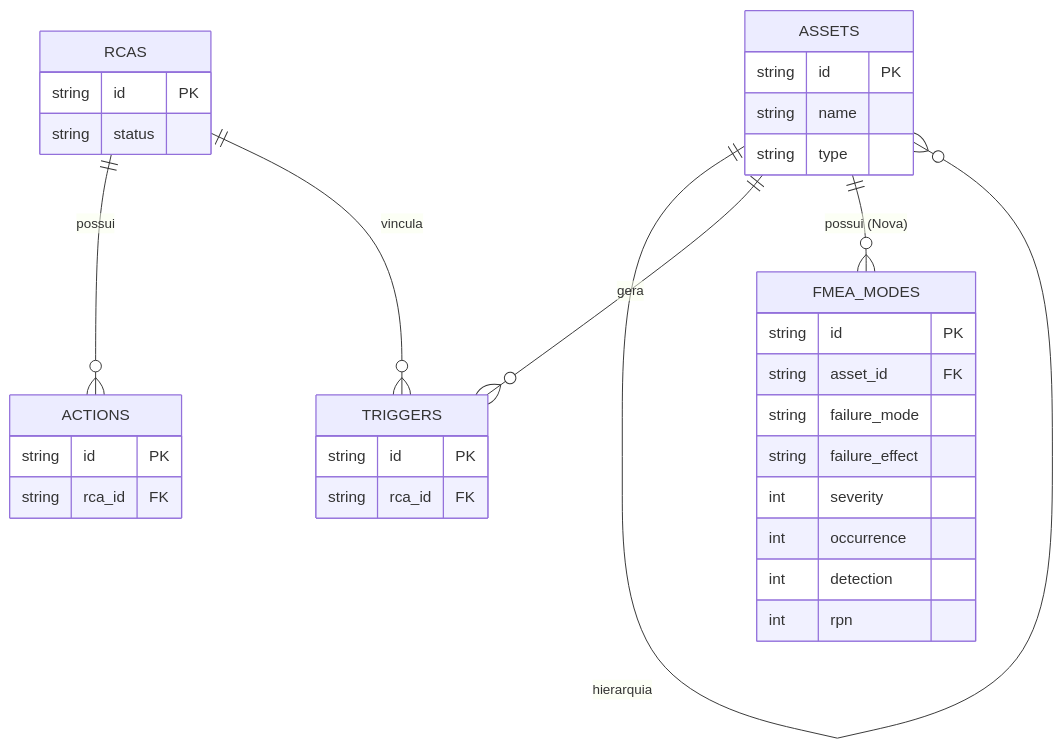
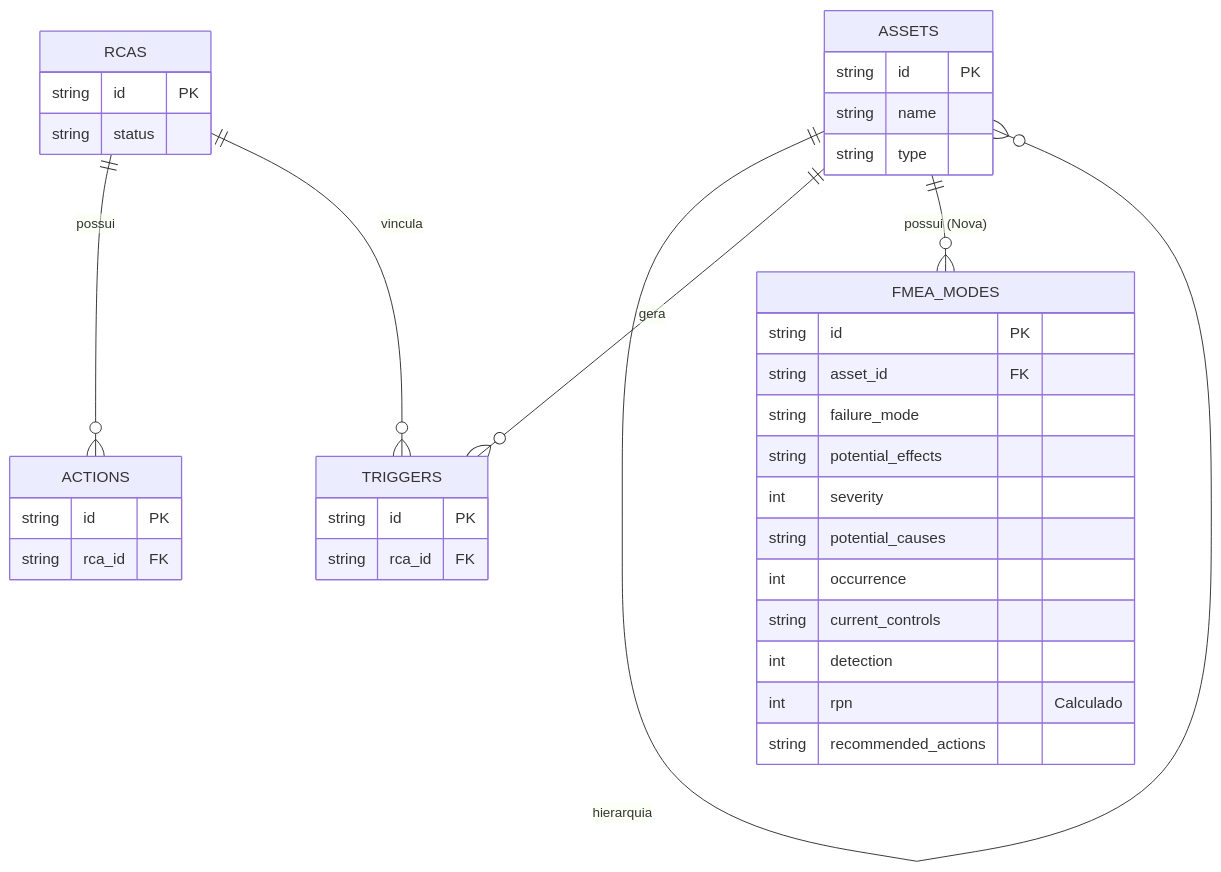
Before and after one commit to GuimaraesL/RCA-System: the second of 2 diagrams in docs/database/MODELO_DADOS.md, drawn with Mermaid. The commit also changed other lines of this file and 3 other files, not shown here.

````diff
--- a/docs/database/MODELO_DADOS.md
+++ b/docs/database/MODELO_DADOS.md
@@ -73,40 +73,43 @@
 ```mermaid
 erDiagram
     ASSETS ||--o{ ASSETS : "hierarquia"
     ASSETS ||--o{ TRIGGERS : "gera"
     ASSETS ||--o{ FMEA_MODES : "possui (Nova)"
     RCAS ||--o{ ACTIONS : "possui"
     RCAS ||--o{ TRIGGERS : "vincula"
     
     RCAS {
         string id PK
         string status
     }
 
     ACTIONS {
         string id PK
         string rca_id FK
     }
 
     TRIGGERS {
         string id PK
         string rca_id FK
     }
 
     ASSETS {
         string id PK
         string name
         string type
     }
 
     FMEA_MODES {
         string id PK
         string asset_id FK
         string failure_mode
-        string failure_effect
+        string potential_effects
         int severity
+        string potential_causes
         int occurrence
+        string current_controls
         int detection
-        int rpn
+        int rpn "Calculado"
+        string recommended_actions
     }
 ```
````
